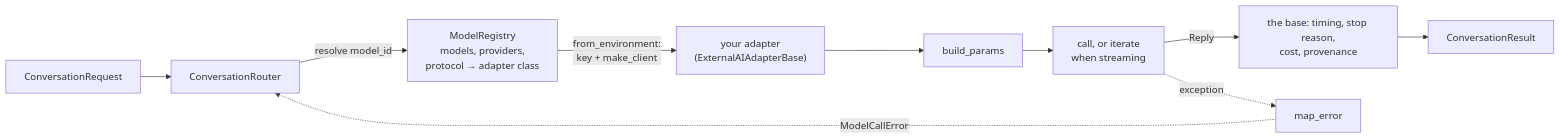
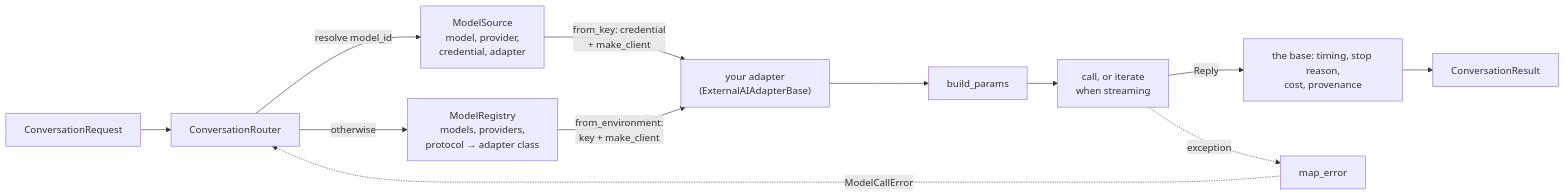
One commit to edyhtan/framekit changed the diagram in docs/adapters.md. Above: the diagram before and after it, drawn with Mermaid. The commit also changed other lines of this file and 11 other files, not shown here.

First line of the commit message:
ModelSource: one structure for model, provider, credential and adapter

````diff
--- a/docs/adapters.md
+++ b/docs/adapters.md
@@ -7,12 +7,14 @@
 ```mermaid
 flowchart LR
     REQ["ConversationRequest"] --> R["ConversationRouter"]
-    R -- "resolve model_id" --> REG["ModelRegistry<br/>models, providers,<br/>protocol → adapter class"]
-    REG -- "from_environment:<br/>key + make_client" --> A["your adapter<br/>(ExternalAIAdapterBase)"]
+    R -- "resolve model_id" --> SRC["ModelSource<br/>model, provider,<br/>credential, adapter"]
+    R -- "otherwise" --> REG["ModelRegistry<br/>models, providers,<br/>protocol → adapter class"]
+    SRC -- "from_key: credential<br/>+ make_client" --> A["your adapter<br/>(ExternalAIAdapterBase)"]
+    REG -- "from_environment:<br/>key + make_client" --> A
     A --> BP["build_params"]
     BP --> C["call, or iterate<br/>when streaming"]
     C -- "Reply" --> RES["the base: timing, stop reason,<br/>cost, provenance"]
     RES --> OUT["ConversationResult"]
     C -. "exception" .-> ME["map_error"]
     ME -. "ModelCallError" .-> R
 ```
````
